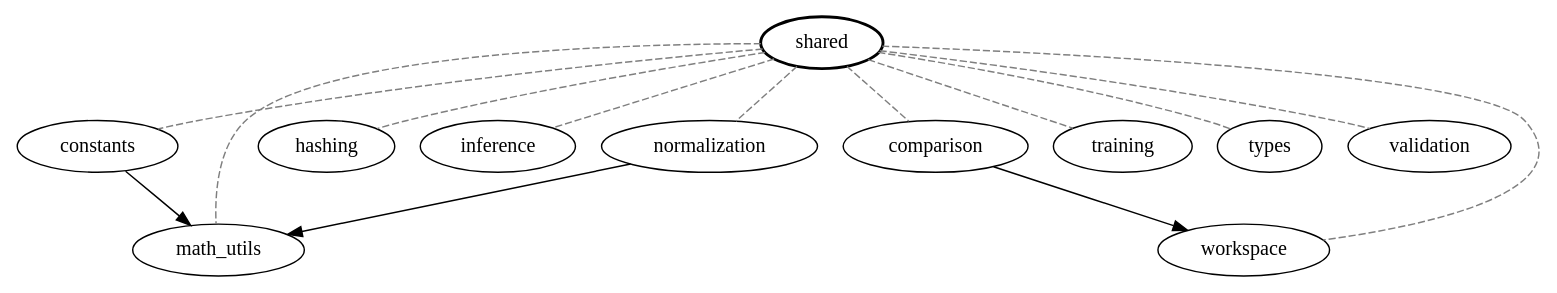
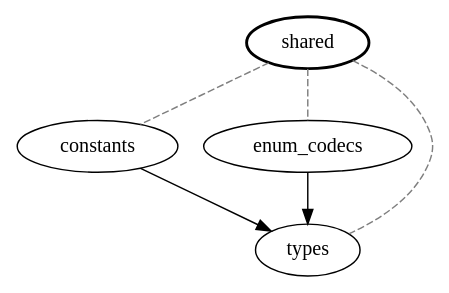
The diagram in docs/neuralls/diagrams/shared.dot (constatza/dl-experiments), drawn with Graphviz before and after one commit. The commit also changed 6 other files, not shown here.

First line of the commit message:
docs(neuralls): regenerate dependency graphs from current source

```diff
--- a/docs/neuralls/diagrams/shared.dot
+++ b/docs/neuralls/diagrams/shared.dot
@@ -1,26 +1,11 @@
 digraph {
 "neuralls.shared" [label="shared" style="bold"];
-"neuralls.shared.comparison" [label="comparison"];
 "neuralls.shared.constants" [label="constants"];
-"neuralls.shared.hashing" [label="hashing"];
-"neuralls.shared.inference" [label="inference"];
-"neuralls.shared.math_utils" [label="math_utils"];
-"neuralls.shared.normalization" [label="normalization"];
-"neuralls.shared.training" [label="training"];
+"neuralls.shared.enum_codecs" [label="enum_codecs"];
 "neuralls.shared.types" [label="types"];
-"neuralls.shared.validation" [label="validation"];
-"neuralls.shared.workspace" [label="workspace"];
-"neuralls.shared" -> "neuralls.shared.comparison" [style="dashed" color="gray50" arrowhead="none"];
 "neuralls.shared" -> "neuralls.shared.constants" [style="dashed" color="gray50" arrowhead="none"];
-"neuralls.shared" -> "neuralls.shared.hashing" [style="dashed" color="gray50" arrowhead="none"];
-"neuralls.shared" -> "neuralls.shared.inference" [style="dashed" color="gray50" arrowhead="none"];
-"neuralls.shared" -> "neuralls.shared.math_utils" [style="dashed" color="gray50" arrowhead="none"];
-"neuralls.shared" -> "neuralls.shared.normalization" [style="dashed" color="gray50" arrowhead="none"];
-"neuralls.shared" -> "neuralls.shared.training" [style="dashed" color="gray50" arrowhead="none"];
+"neuralls.shared" -> "neuralls.shared.enum_codecs" [style="dashed" color="gray50" arrowhead="none"];
 "neuralls.shared" -> "neuralls.shared.types" [style="dashed" color="gray50" arrowhead="none"];
-"neuralls.shared" -> "neuralls.shared.validation" [style="dashed" color="gray50" arrowhead="none"];
-"neuralls.shared" -> "neuralls.shared.workspace" [style="dashed" color="gray50" arrowhead="none"];
-"neuralls.shared.comparison" -> "neuralls.shared.workspace";
-"neuralls.shared.constants" -> "neuralls.shared.math_utils";
-"neuralls.shared.normalization" -> "neuralls.shared.math_utils";
+"neuralls.shared.constants" -> "neuralls.shared.types";
+"neuralls.shared.enum_codecs" -> "neuralls.shared.types";
 }
```
